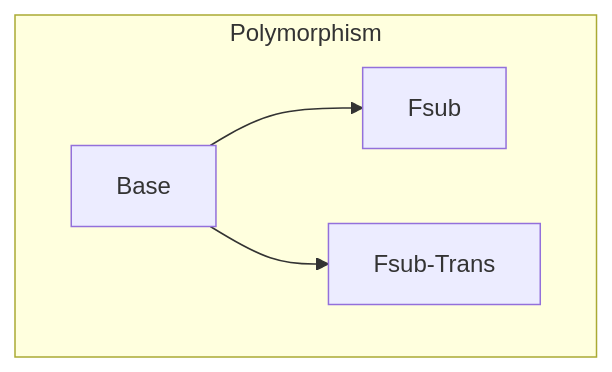
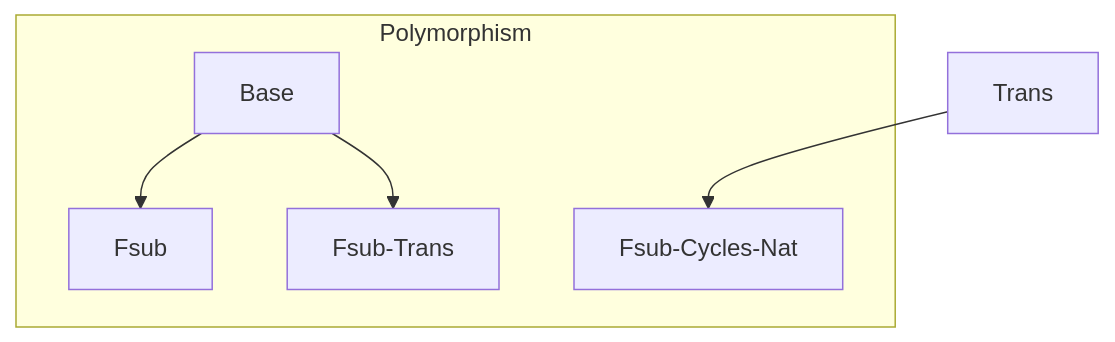
One commit to TiarkRompf/reachability changed the diagram in polymorphism/README.md. Above: the diagram before and after it, drawn with Mermaid. The commit also changed other lines of this file and 13 other files, not shown here.

````diff
--- a/polymorphism/README.md
+++ b/polymorphism/README.md
@@ -11,10 +12,12 @@
 ```mermaid
 graph TD
     subgraph poly[Polymorphism]
       Base
       Fsub
 	  Fsub-Trans
+	  Fsub-Cycles-Nat
     end
     Base-->Fsub
 	Base-->Fsub-Trans
+	Trans-->Fsub-Cycles-Nat
 ```
````
